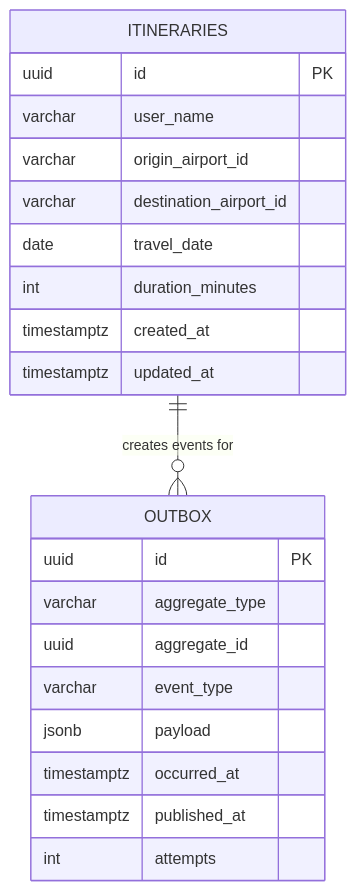
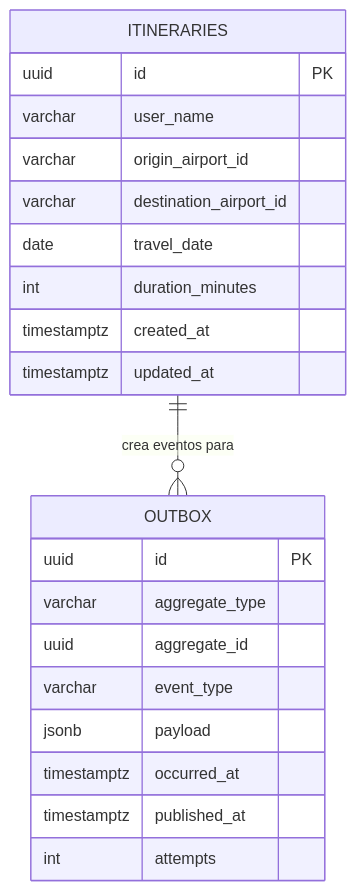
One commit to bue221/proyecto-arquitectura-software-emergente changed the first of 3 diagrams in wiki/Diagrams-relational.md. Above: the diagram before and after it, drawn with Mermaid. The commit also changed other lines of this file and 38 other files, not shown here.

````diff
--- a/wiki/Diagrams-relational.md
+++ b/wiki/Diagrams-relational.md
@@ -10,26 +10,26 @@
 ```mermaid
 erDiagram
   ITINERARIES {
     uuid id PK
     varchar user_name
     varchar origin_airport_id
     varchar destination_airport_id
     date travel_date
     int duration_minutes
     timestamptz created_at
     timestamptz updated_at
   }
 
   OUTBOX {
     uuid id PK
     varchar aggregate_type
     uuid aggregate_id
     varchar event_type
     jsonb payload
     timestamptz occurred_at
     timestamptz published_at
     int attempts
   }
 
-  ITINERARIES ||--o{ OUTBOX : "creates events for"
+  ITINERARIES ||--o{ OUTBOX : "crea eventos para"
 ```
````
